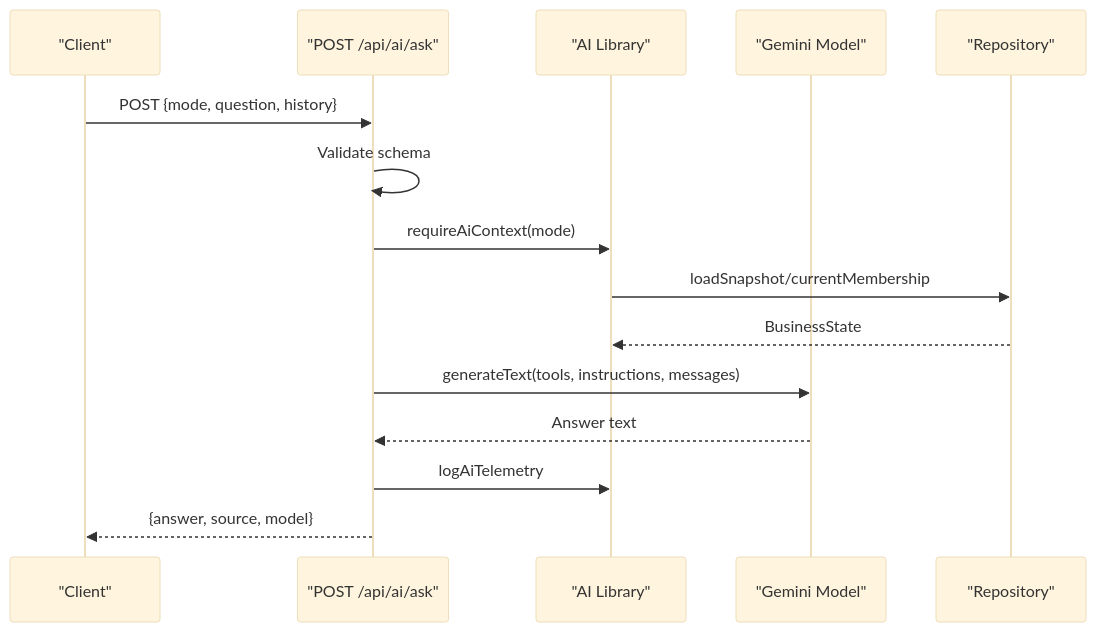
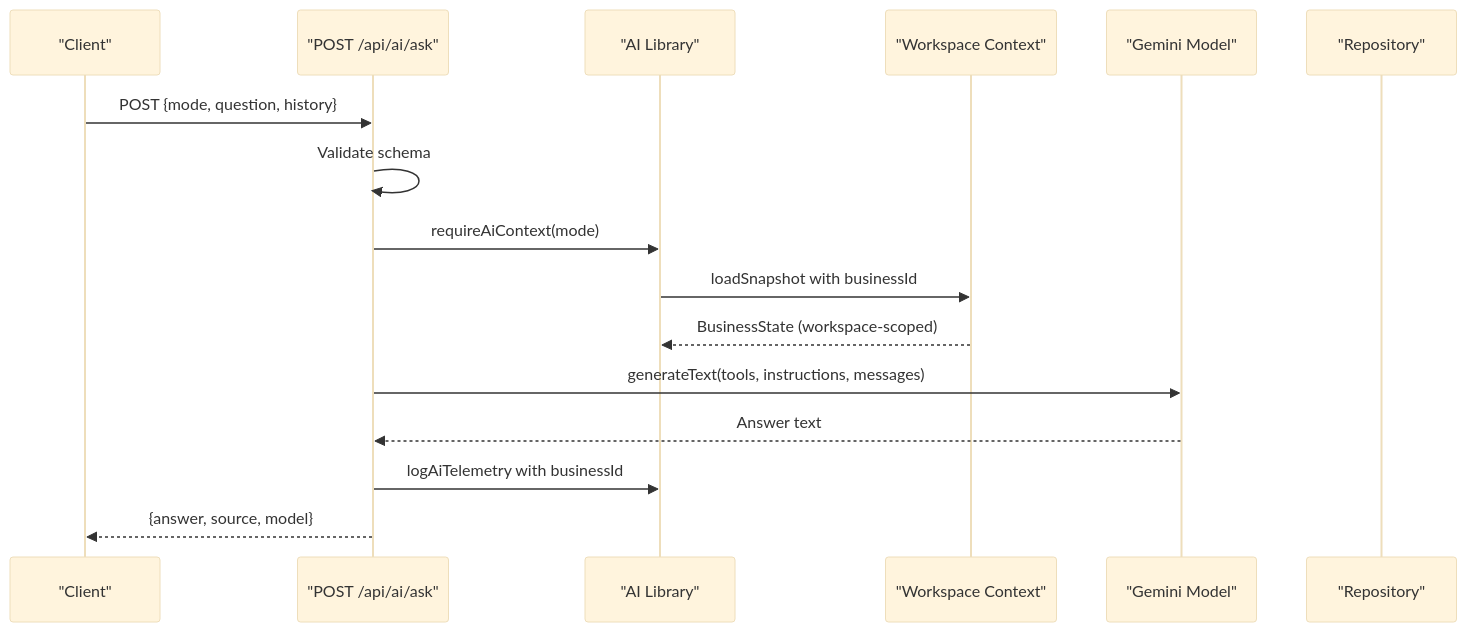
Before and after one commit to aarz24/Laris_HackathonGTNIC2026: the fifth of 8 diagrams in .qoder/repowiki/en/content/API Reference/API Reference.md, drawn with Mermaid (base theme). The commit also changed other lines of this file and 58 other files, not shown here.

````diff
--- a/.qoder/repowiki/en/content/API Reference/API Reference.md
+++ b/.qoder/repowiki/en/content/API Reference/API Reference.md
@@ -289,17 +306,18 @@
 ```mermaid
 sequenceDiagram
 participant Client as "Client"
 participant Ask as "POST /api/ai/ask"
 participant AiLib as "AI Library"
+participant Workspace as "Workspace Context"
 participant Gemini as "Gemini Model"
 participant Repo as "Repository"
 Client->>Ask : POST {mode, question, history}
 Ask->>Ask : Validate schema
 Ask->>AiLib : requireAiContext(mode)
-AiLib->>Repo : loadSnapshot/currentMembership
-Repo-->>AiLib : BusinessState
+AiLib->>Workspace : loadSnapshot with businessId
+Workspace-->>AiLib : BusinessState (workspace-scoped)
 Ask->>Gemini : generateText(tools, instructions, messages)
 Gemini-->>Ask : Answer text
-Ask->>AiLib : logAiTelemetry
+Ask->>AiLib : logAiTelemetry with businessId
 Ask-->>Client : {answer, source, model}
 ```
````
